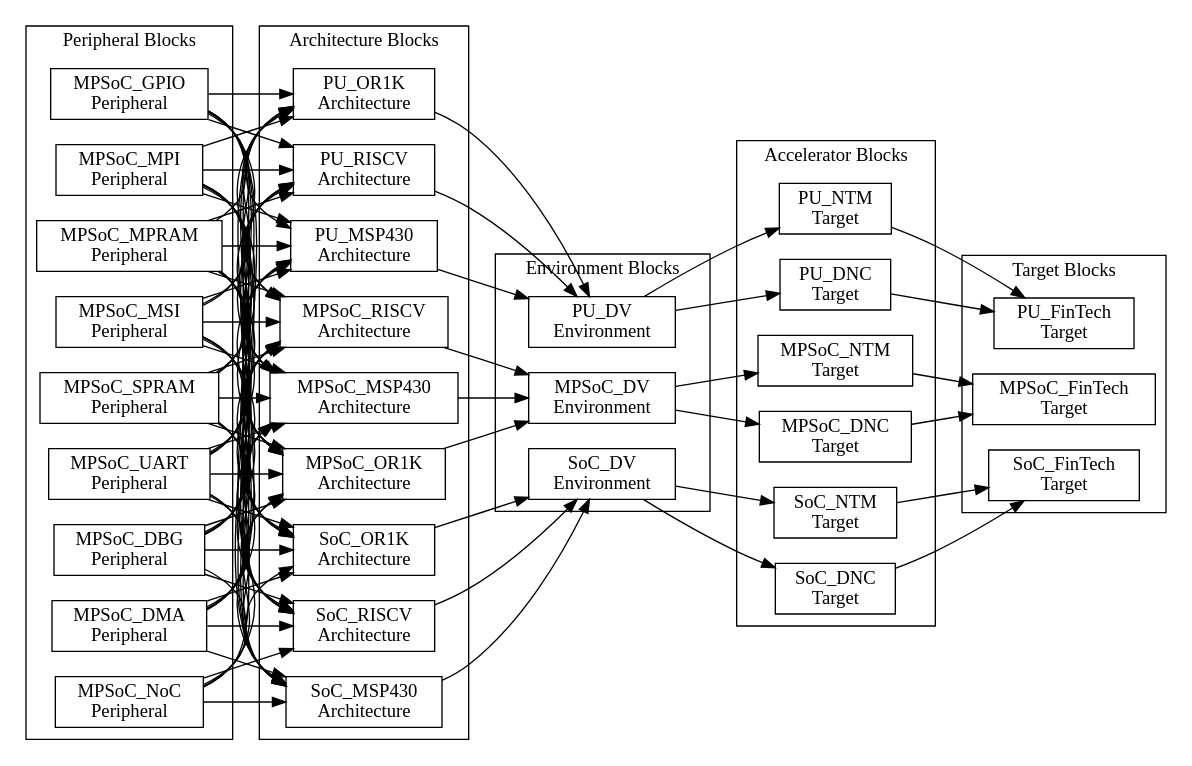
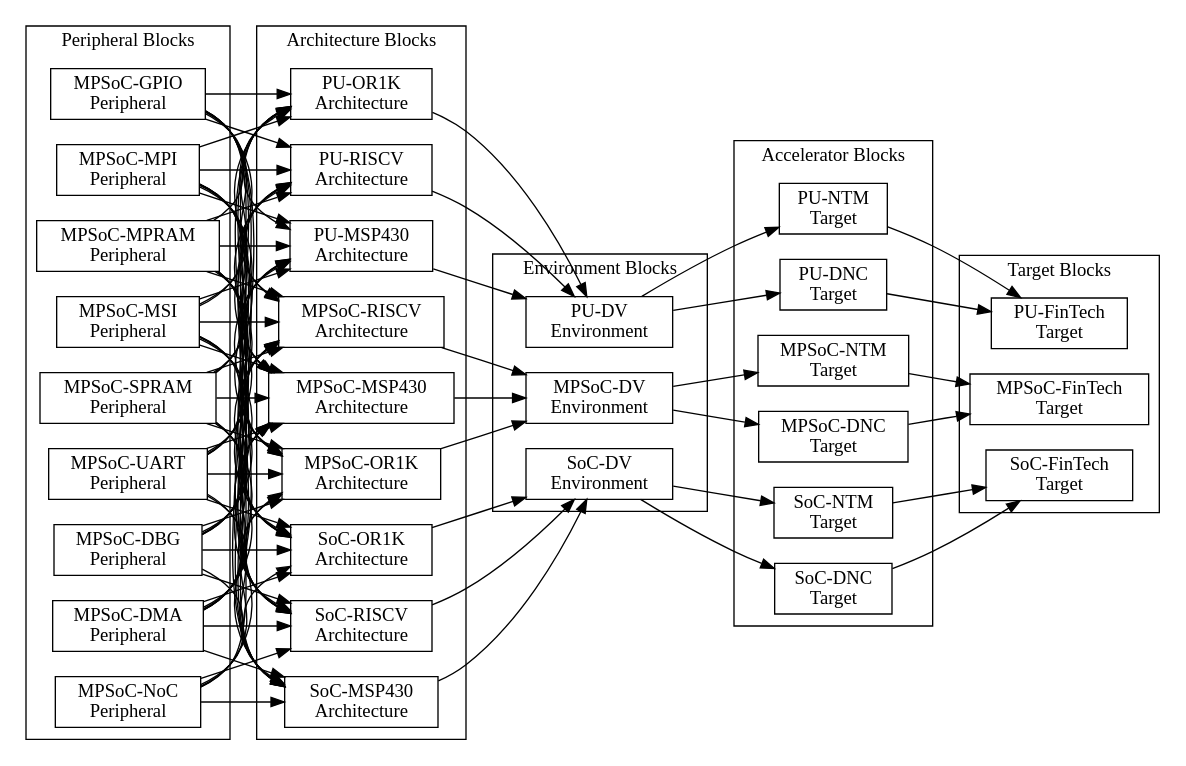
Before and after one commit to PacoReinaCampo/SoC-RTOS: the diagram in doc/book/assets/chapter3/dependences-mpsoc-fintech.dot, drawn with Graphviz. The commit also changed 57 other files, not shown here.

```diff
--- a/doc/book/assets/chapter3/dependences-mpsoc-fintech.dot
+++ b/doc/book/assets/chapter3/dependences-mpsoc-fintech.dot
@@ -1,179 +1,179 @@
 digraph Project {
   // Introduction
   graph [rankdir = LR];
   node[shape=record];
 
   // Peripheral Blocks
   subgraph "cluster PeripheralBlocks" { label = "Peripheral Blocks";
-    MPSoC_DBG[label="MPSoC_DBG \nPeripheral"];
-    MPSoC_DMA[label="MPSoC_DMA \nPeripheral"];
-    MPSoC_GPIO[label="MPSoC_GPIO \nPeripheral"];
-    MPSoC_MPI[label="MPSoC_MPI \nPeripheral"];
-    MPSoC_MPRAM[label="MPSoC_MPRAM \nPeripheral"];
-    MPSoC_MSI[label="MPSoC_MSI \nPeripheral"];
-    MPSoC_NoC[label="MPSoC_NoC \nPeripheral"];
-    MPSoC_SPRAM[label="MPSoC_SPRAM \nPeripheral"];
-    MPSoC_UART[label="MPSoC_UART \nPeripheral"];
+    MPSoC_DBG[label="MPSoC-DBG \nPeripheral"];
+    MPSoC_DMA[label="MPSoC-DMA \nPeripheral"];
+    MPSoC_GPIO[label="MPSoC-GPIO \nPeripheral"];
+    MPSoC_MPI[label="MPSoC-MPI \nPeripheral"];
+    MPSoC_MPRAM[label="MPSoC-MPRAM \nPeripheral"];
+    MPSoC_MSI[label="MPSoC-MSI \nPeripheral"];
+    MPSoC_NoC[label="MPSoC-NoC \nPeripheral"];
+    MPSoC_SPRAM[label="MPSoC-SPRAM \nPeripheral"];
+    MPSoC_UART[label="MPSoC-UART \nPeripheral"];
   }
 
   // Architecture Blocks
   subgraph "cluster ArchitectureBlocks" { label = "Architecture Blocks";
-    MPSoC_MSP430[label="MPSoC_MSP430 \nArchitecture"];
-    MPSoC_OR1K[label="MPSoC_OR1K \nArchitecture"];
-    MPSoC_RISCV[label="MPSoC_RISCV \nArchitecture"];
-    SoC_MSP430[label="SoC_MSP430 \nArchitecture"];
-    SoC_OR1K[label="SoC_OR1K \nArchitecture"];
-    SoC_RISCV[label="SoC_RISCV \nArchitecture"];
-    PU_MSP430[label="PU_MSP430 \nArchitecture"];
-    PU_OR1K[label="PU_OR1K \nArchitecture"];
-    PU_RISCV[label="PU_RISCV \nArchitecture"];
+    MPSoC_MSP430[label="MPSoC-MSP430 \nArchitecture"];
+    MPSoC_OR1K[label="MPSoC-OR1K \nArchitecture"];
+    MPSoC_RISCV[label="MPSoC-RISCV \nArchitecture"];
+    SoC_MSP430[label="SoC-MSP430 \nArchitecture"];
+    SoC_OR1K[label="SoC-OR1K \nArchitecture"];
+    SoC_RISCV[label="SoC-RISCV \nArchitecture"];
+    PU_MSP430[label="PU-MSP430 \nArchitecture"];
+    PU_OR1K[label="PU-OR1K \nArchitecture"];
+    PU_RISCV[label="PU-RISCV \nArchitecture"];
   }
 
   // Environment Blocks
   subgraph "cluster EnvironmentBlocks" { label = "Environment Blocks";
-    MPSoC_DV[label="MPSoC_DV \nEnvironment"];
-    SoC_DV[label="SoC_DV \nEnvironment"];
-    PU_DV[label="PU_DV \nEnvironment"];
+    MPSoC_DV[label="MPSoC-DV \nEnvironment"];
+    SoC_DV[label="SoC-DV \nEnvironment"];
+    PU_DV[label="PU-DV \nEnvironment"];
   }
 
   // Accelerator Blocks
   subgraph "cluster AcceleratorBlocks" { label = "Accelerator Blocks";
-    MPSoC_NTM[label="MPSoC_NTM \nTarget"];
-    SoC_NTM[label="SoC_NTM \nTarget"];
-    PU_NTM[label="PU_NTM \nTarget"];
+    MPSoC_NTM[label="MPSoC-NTM \nTarget"];
+    SoC_NTM[label="SoC-NTM \nTarget"];
+    PU_NTM[label="PU-NTM \nTarget"];
 
-    MPSoC_DNC[label="MPSoC_DNC \nTarget"];
-    SoC_DNC[label="SoC_DNC \nTarget"];
-    PU_DNC[label="PU_DNC \nTarget"];
+    MPSoC_DNC[label="MPSoC-DNC \nTarget"];
+    SoC_DNC[label="SoC-DNC \nTarget"];
+    PU_DNC[label="PU-DNC \nTarget"];
   }
 
   // Target Blocks
   subgraph "cluster TargetBlocks" { label = "Target Blocks";
-    MPSoC_FinTech[label="MPSoC_FinTech \nTarget"];
-    SoC_FinTech[label="SoC_FinTech \nTarget"];
-    PU_FinTech[label="PU_FinTech \nTarget"];
+    MPSoC_FinTech[label="MPSoC-FinTech \nTarget"];
+    SoC_FinTech[label="SoC-FinTech \nTarget"];
+    PU_FinTech[label="PU-FinTech \nTarget"];
   }
 
   // Peripheral -> Architecture
   MPSoC_DBG -> MPSoC_MSP430;
   MPSoC_DMA -> MPSoC_MSP430;
   MPSoC_GPIO -> MPSoC_MSP430;
   MPSoC_MPI -> MPSoC_MSP430;
   MPSoC_MPRAM -> MPSoC_MSP430;
   MPSoC_MSI -> MPSoC_MSP430;
   MPSoC_NoC -> MPSoC_MSP430;
   MPSoC_SPRAM -> MPSoC_MSP430;
   MPSoC_UART -> MPSoC_MSP430;
 
   MPSoC_DBG -> SoC_MSP430;
   MPSoC_DMA -> SoC_MSP430;
   MPSoC_GPIO -> SoC_MSP430;
   MPSoC_MPI -> SoC_MSP430;
   MPSoC_MPRAM -> SoC_MSP430;
   MPSoC_MSI -> SoC_MSP430;
   MPSoC_NoC -> SoC_MSP430;
   MPSoC_SPRAM -> SoC_MSP430;
   MPSoC_UART -> SoC_MSP430;
 
   MPSoC_DBG -> PU_MSP430;
   MPSoC_DMA -> PU_MSP430;
   MPSoC_GPIO -> PU_MSP430;
   MPSoC_MPI -> PU_MSP430;
   MPSoC_MPRAM -> PU_MSP430;
   MPSoC_MSI -> PU_MSP430;
   MPSoC_SPRAM -> PU_MSP430;
   MPSoC_UART -> PU_MSP430;
 
 
   MPSoC_DBG -> MPSoC_OR1K;
   MPSoC_DMA -> MPSoC_OR1K;
   MPSoC_GPIO -> MPSoC_OR1K;
   MPSoC_MPI -> MPSoC_OR1K;
   MPSoC_MPRAM -> MPSoC_OR1K;
   MPSoC_MSI -> MPSoC_OR1K;
   MPSoC_NoC -> MPSoC_OR1K;
   MPSoC_SPRAM -> MPSoC_OR1K;
   MPSoC_UART -> MPSoC_OR1K;
 
   MPSoC_DBG -> SoC_OR1K;
   MPSoC_DMA -> SoC_OR1K;
   MPSoC_GPIO -> SoC_OR1K;
   MPSoC_MPI -> SoC_OR1K;
   MPSoC_MPRAM -> SoC_OR1K;
   MPSoC_MSI -> SoC_OR1K;
   MPSoC_NoC -> SoC_OR1K;
   MPSoC_SPRAM -> SoC_OR1K;
   MPSoC_UART -> SoC_OR1K;
 
   MPSoC_DBG -> PU_OR1K;
   MPSoC_DMA -> PU_OR1K;
   MPSoC_GPIO -> PU_OR1K;
   MPSoC_MPI -> PU_OR1K;
   MPSoC_MPRAM -> PU_OR1K;
   MPSoC_MSI -> PU_OR1K;
   MPSoC_SPRAM -> PU_OR1K;
   MPSoC_UART -> PU_OR1K;
 
 
   MPSoC_DBG -> MPSoC_RISCV;
   MPSoC_DMA -> MPSoC_RISCV;
   MPSoC_GPIO -> MPSoC_RISCV;
   MPSoC_MPI -> MPSoC_RISCV;
   MPSoC_MPRAM -> MPSoC_RISCV;
   MPSoC_MSI -> MPSoC_RISCV;
   MPSoC_NoC -> MPSoC_RISCV;
   MPSoC_SPRAM -> MPSoC_RISCV;
   MPSoC_UART -> MPSoC_RISCV;
 
   MPSoC_DBG -> SoC_RISCV;
   MPSoC_DMA -> SoC_RISCV;
   MPSoC_GPIO -> SoC_RISCV;
   MPSoC_MPI -> SoC_RISCV;
   MPSoC_MPRAM -> SoC_RISCV;
   MPSoC_MSI -> SoC_RISCV;
   MPSoC_NoC -> SoC_RISCV;
   MPSoC_SPRAM -> SoC_RISCV;
   MPSoC_UART -> SoC_RISCV;
 
   MPSoC_DBG -> PU_RISCV;
   MPSoC_DMA -> PU_RISCV;
   MPSoC_GPIO -> PU_RISCV;
   MPSoC_MPI -> PU_RISCV;
   MPSoC_MPRAM -> PU_RISCV;
   MPSoC_MSI -> PU_RISCV;
   MPSoC_SPRAM -> PU_RISCV;
   MPSoC_UART -> PU_RISCV;
 
   // Architecture -> Environment
   PU_MSP430 -> PU_DV;
   PU_OR1K -> PU_DV;
   PU_RISCV -> PU_DV;
 
   SoC_MSP430 -> SoC_DV;
   SoC_OR1K -> SoC_DV;
   SoC_RISCV -> SoC_DV;
 
   MPSoC_MSP430 -> MPSoC_DV;
   MPSoC_OR1K -> MPSoC_DV;
   MPSoC_RISCV -> MPSoC_DV;
 
   // Environment -> Accelerator
   PU_DV -> PU_NTM;
   PU_DV -> PU_DNC;
 
   SoC_DV -> SoC_NTM;
   SoC_DV -> SoC_DNC;
 
   MPSoC_DV -> MPSoC_NTM;
   MPSoC_DV -> MPSoC_DNC;
 
   // Accelerator -> Target
   PU_NTM -> PU_FinTech;
   PU_DNC -> PU_FinTech;
 
   SoC_NTM -> SoC_FinTech;
   SoC_DNC -> SoC_FinTech;
 
   MPSoC_NTM -> MPSoC_FinTech;
   MPSoC_DNC -> MPSoC_FinTech;
 }
```
